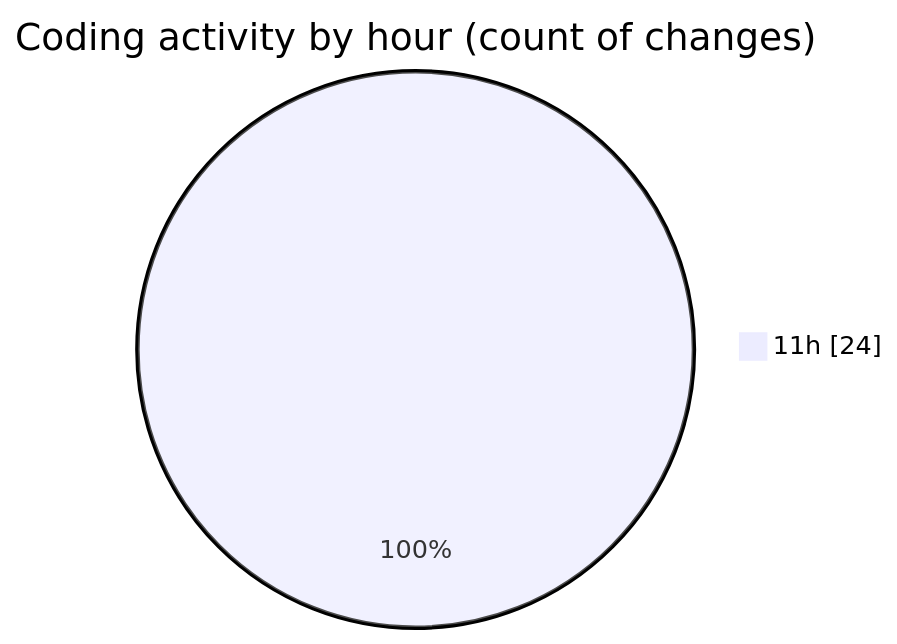
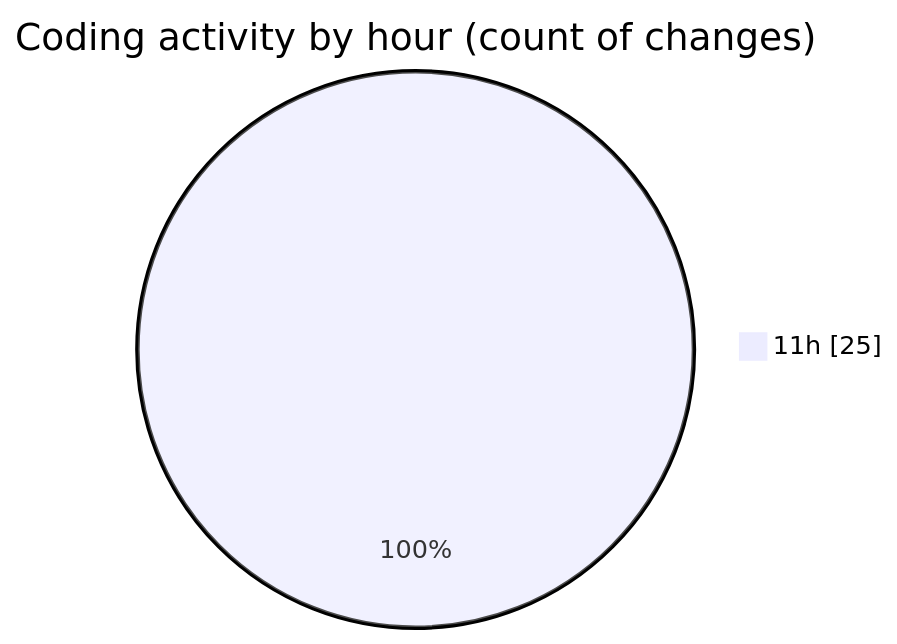
The second of 2 diagrams in 2025-07-01/argos/README.md (nxtqubesakshisongat/code-tracking), drawn with Mermaid before and after one commit. The commit also changed other lines of this file and 1 other file, not shown here.

````diff
--- a/2025-07-01/argos/README.md
+++ b/2025-07-01/argos/README.md
@@ -32,5 +32,5 @@
 ```mermaid
 pie showData
 title Coding activity by hour (count of changes)
-"11h" : 24
+"11h" : 25
 ```
````
